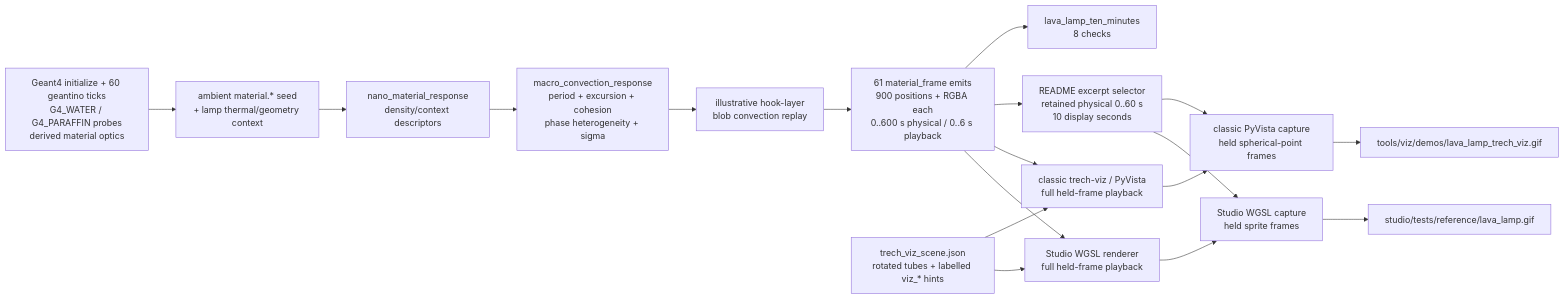
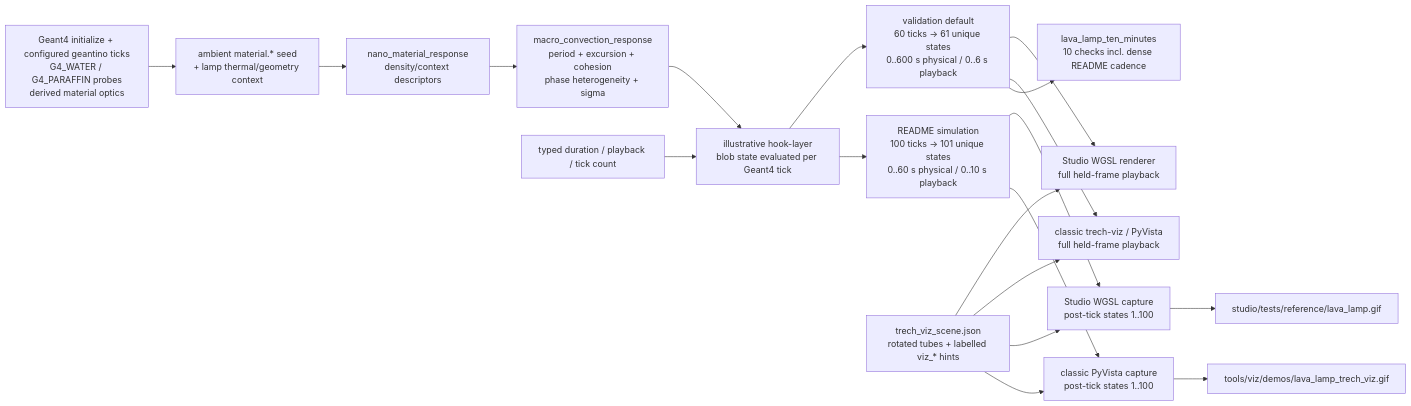
Before and after one commit to Geckos-Ink/trech: diagram 14 of 24 in CHARTS.md, drawn with Mermaid. The commit also changed other lines of this file and 23 other files, not shown here.

Commit message:
fix: simulate lava lamp preview at frame cadence

````diff
--- a/CHARTS.md
+++ b/CHARTS.md
@@ -306,20 +306,21 @@
 ```mermaid
 flowchart LR
-  G4["Geant4 initialize + 60 geantino ticks\nG4_WATER / G4_PARAFFIN probes\nderived material optics"] --> SEED["ambient material.* seed\n+ lamp thermal/geometry context"]
+  G4["Geant4 initialize + configured geantino ticks\nG4_WATER / G4_PARAFFIN probes\nderived material optics"] --> SEED["ambient material.* seed\n+ lamp thermal/geometry context"]
   SEED --> NANO["nano_material_response\ndensity/context descriptors"]
   NANO --> MACRO["macro_convection_response\nperiod + excursion + cohesion\nphase heterogeneity + sigma"]
-  MACRO --> HOOK["illustrative hook-layer\nblob convection replay"]
-  HOOK --> FRAME["61 material_frame emits\n900 positions + RGBA each\n0..600 s physical / 0..6 s playback"]
-  FRAME --> STUDIO["Studio WGSL renderer\nfull held-frame playback"]
-  FRAME --> CLASSIC["classic trech-viz / PyVista\nfull held-frame playback"]
-  FRAME --> WINDOW["README excerpt selector\nretained physical 0..60 s\n10 display seconds"]
-  WINDOW --> STUDIOGIF["Studio WGSL capture\nheld sprite frames"]
-  WINDOW --> CLASSICGIF["classic PyVista capture\nheld spherical-point frames"]
+  MACRO --> HOOK["illustrative hook-layer\nblob state evaluated per Geant4 tick"]
+  PARAM["typed duration / playback / tick count"] --> HOOK
+  HOOK --> DEFAULT["validation default\n60 ticks -> 61 unique states\n0..600 s physical / 0..6 s playback"]
+  HOOK --> README["README simulation\n100 ticks -> 101 unique states\n0..60 s physical / 0..10 s playback"]
+  DEFAULT --> STUDIO["Studio WGSL renderer\nfull held-frame playback"]
+  DEFAULT --> CLASSIC["classic trech-viz / PyVista\nfull held-frame playback"]
+  README --> STUDIOGIF["Studio WGSL capture\npost-tick states 1..100"]
+  README --> CLASSICGIF["classic PyVista capture\npost-tick states 1..100"]
   SCENE["trech_viz_scene.json\nrotated tubes + labelled viz_* hints"] --> STUDIO
   SCENE --> CLASSIC
-  STUDIO --> STUDIOGIF
-  CLASSIC --> CLASSICGIF
+  SCENE --> STUDIOGIF
+  SCENE --> CLASSICGIF
   STUDIOGIF --> SGIF["studio/tests/reference/lava_lamp.gif"]
   CLASSICGIF --> CGIF["tools/viz/demos/lava_lamp_trech_viz.gif"]
-  FRAME --> VAL["lava_lamp_ten_minutes\n8 checks"]
+  DEFAULT --> VAL["lava_lamp_ten_minutes\n10 checks incl. dense README cadence"]
 ```
````
